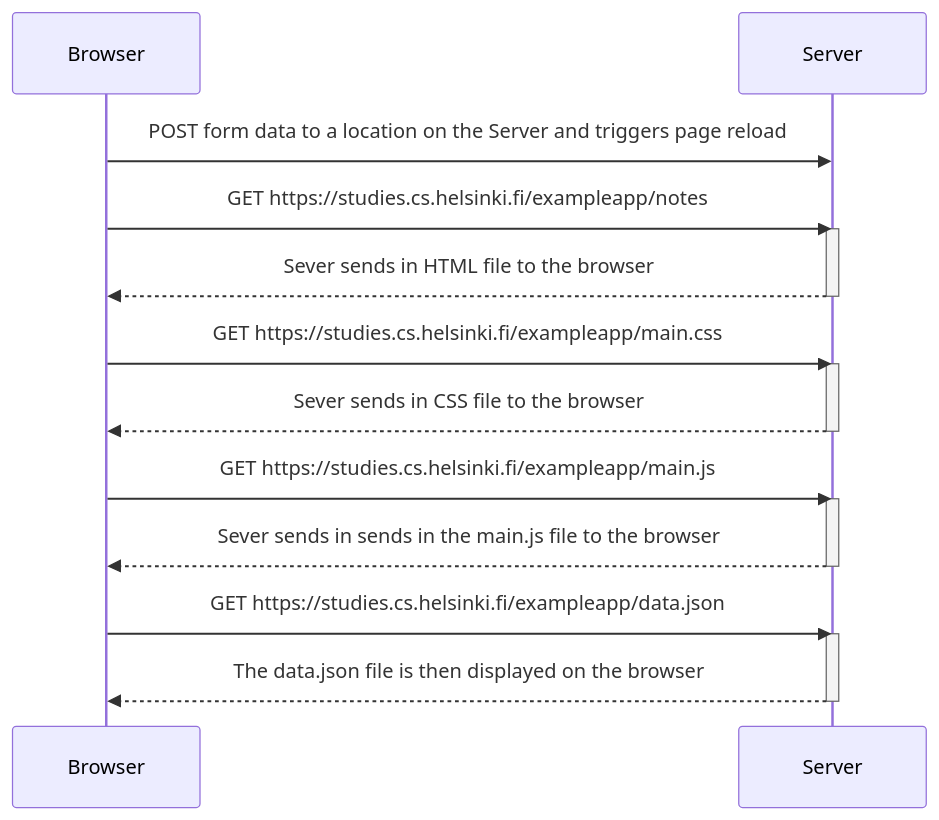
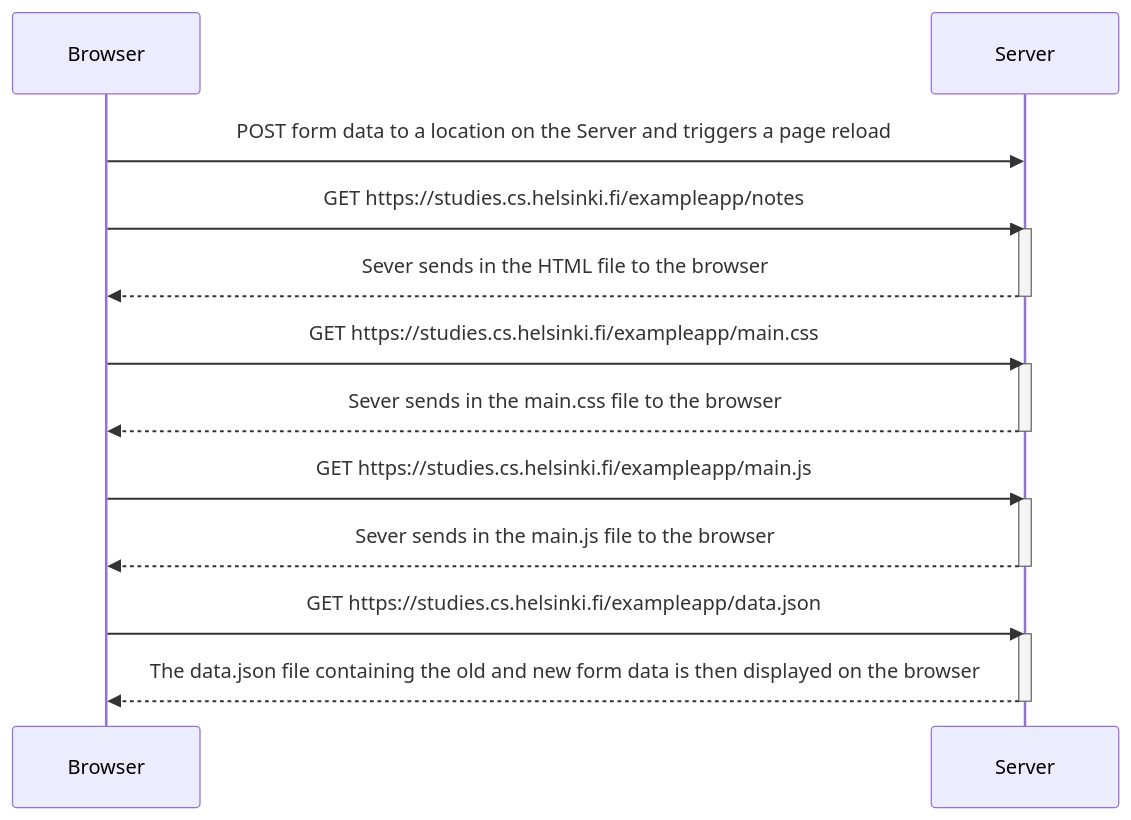
The diagram in Part0/0.4 - New note diagram.md (Abiodun-Sabitu/fsopen23), drawn with Mermaid before and after one commit.

Commit message:
Update 0.4 - New note diagram.md

````diff
--- a/Part0/0.4 - New note diagram.md
+++ b/Part0/0.4 - New note diagram.md
@@ -1,23 +1,23 @@
 ```mermaid
 sequenceDiagram
 participant A as Browser
 participant S as Server
 
-A ->> S: POST form data to a location on the Server and triggers page reload
+A ->> S: POST form data to a location on the Server and triggers a page reload
 A ->> S: GET https://studies.cs.helsinki.fi/exampleapp/notes
 activate S
-S -->> A: Sever sends in HTML file to the browser
+S -->> A: Sever sends in the HTML file to the browser
 deactivate S
 A ->> S: GET https://studies.cs.helsinki.fi/exampleapp/main.css
 activate S
-S -->> A: Sever sends in CSS file to the browser
+S -->> A: Sever sends in the main.css file to the browser
 deactivate S
 A ->> S: GET https://studies.cs.helsinki.fi/exampleapp/main.js
 activate S
-S -->> A: Sever sends in sends in the main.js file to the browser
+S -->> A: Sever sends in the main.js file to the browser
 deactivate S
 A ->> S: GET https://studies.cs.helsinki.fi/exampleapp/data.json
 activate S
-S -->> A: The data.json file is then displayed on the browser
+S -->> A: The data.json file containing the old and new form data is then displayed on the browser
 deactivate S
 ```
````
